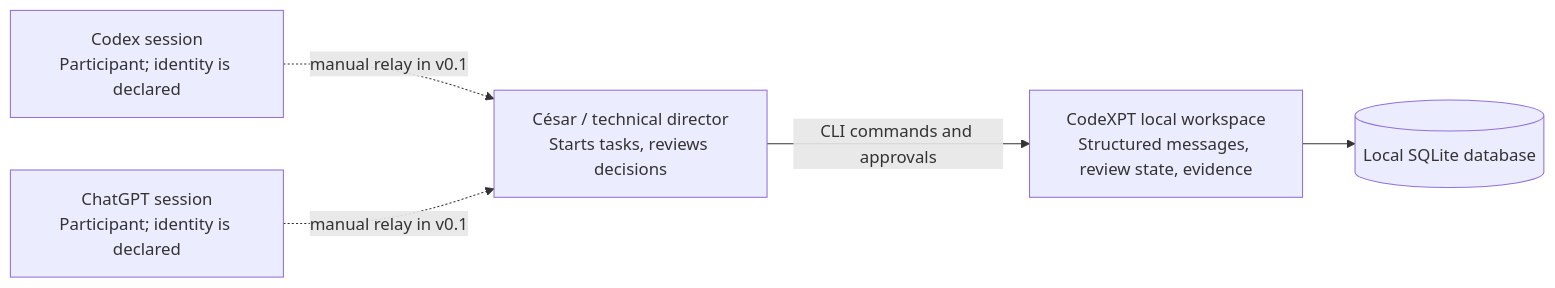
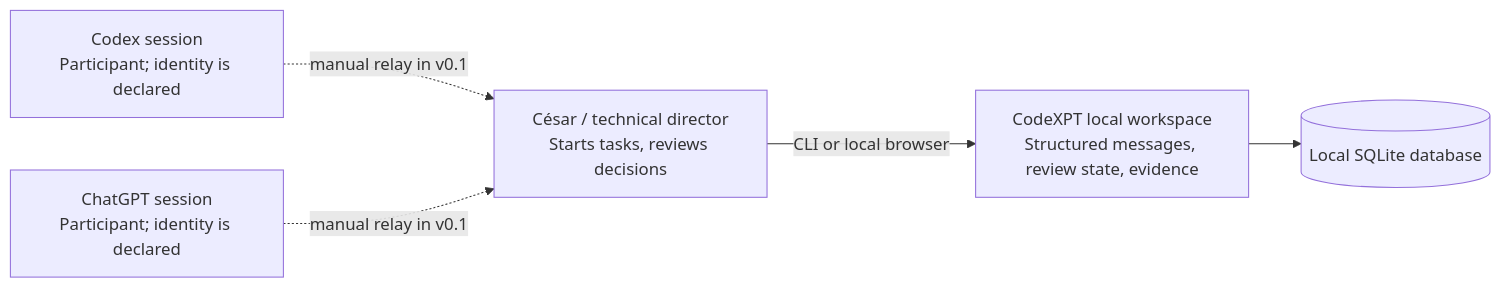
One commit to CyberStill-GmbH/codexpt changed the first of 3 diagrams in docs/architecture/C4.md. Above: the diagram before and after it, drawn with Mermaid. The commit also changed other lines of this file and 66 other files, not shown here.

````diff
--- a/docs/architecture/C4.md
+++ b/docs/architecture/C4.md
@@ -11,12 +11,12 @@
 ```mermaid
 flowchart LR
     Cesar["César / technical director\nStarts tasks, reviews decisions"]
     Codex["Codex session\nParticipant; identity is declared"]
     ChatGPT["ChatGPT session\nParticipant; identity is declared"]
     App["CodeXPT local workspace\nStructured messages, review state, evidence"]
     DB[("Local SQLite database")]
-    Cesar -->|CLI commands and approvals| App
+    Cesar -->|CLI or local browser| App
     Codex -. "manual relay in v0.1" .-> Cesar
     ChatGPT -. "manual relay in v0.1" .-> Cesar
     App --> DB
 ```
````
